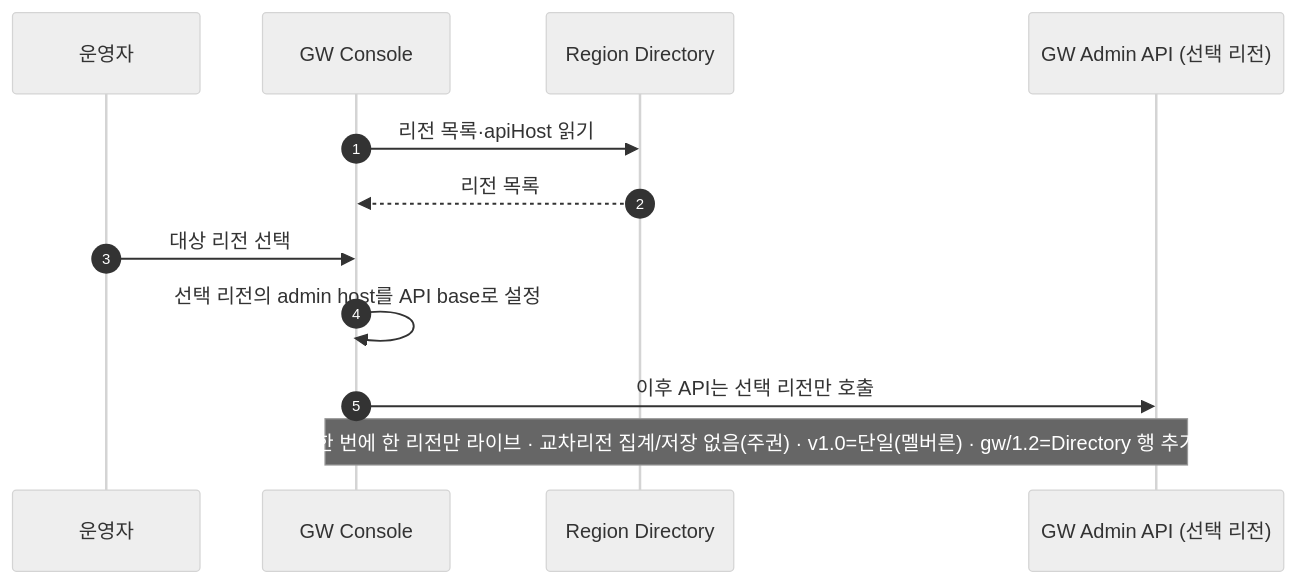
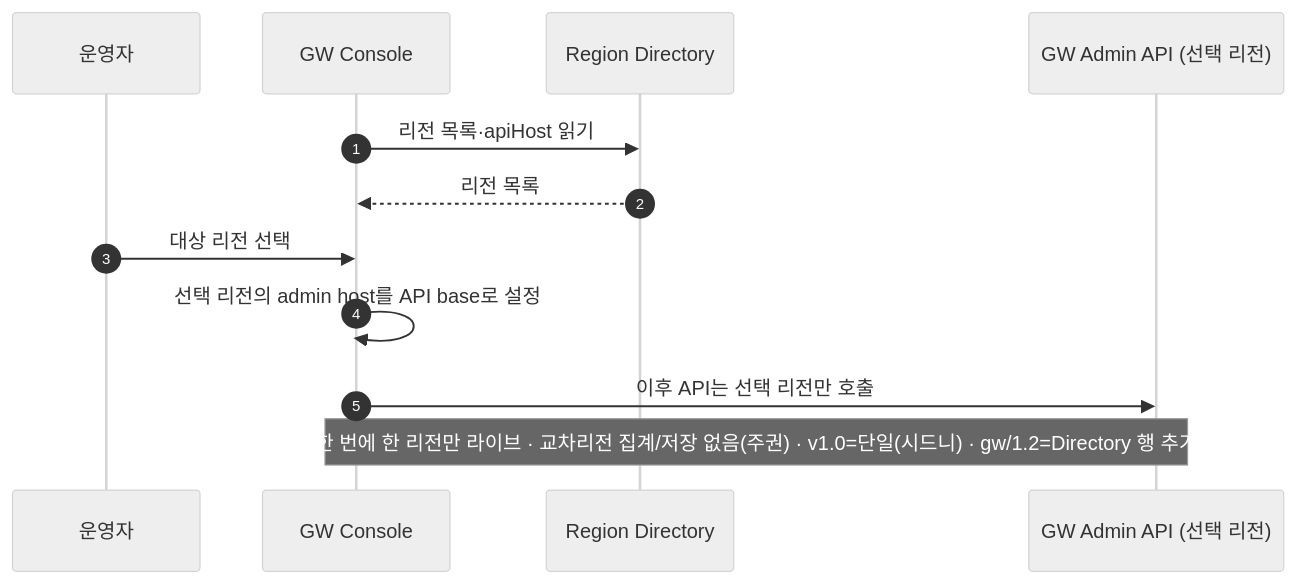
The tenth of 10 diagrams in docs/VT_API_Gateway/08.VT_API_Gateway/specs/03c-subsrs-gw-console/SRS.md (gracegyu/scp-architecture), drawn with Mermaid (neutral theme) before and after one commit. The commit also changed other lines of this file, not shown here.

````diff
--- a/docs/VT_API_Gateway/08.VT_API_Gateway/specs/03c-subsrs-gw-console/SRS.md
+++ b/docs/VT_API_Gateway/08.VT_API_Gateway/specs/03c-subsrs-gw-console/SRS.md
@@ -342,14 +342,14 @@
 ```mermaid
 sequenceDiagram
     autonumber
     participant OP as 운영자
     participant C as GW Console
     participant RD as Region Directory
     participant A as GW Admin API (선택 리전)
     C->>RD: 리전 목록·apiHost 읽기
     RD-->>C: 리전 목록
     OP->>C: 대상 리전 선택
     C->>C: 선택 리전의 admin host를 API base로 설정
     C->>A: 이후 API는 선택 리전만 호출
-    Note over C,A: 한 번에 한 리전만 라이브 · 교차리전 집계/저장 없음(주권) · v1.0=단일(멜버른) · gw/1.2=Directory 행 추가
+    Note over C,A: 한 번에 한 리전만 라이브 · 교차리전 집계/저장 없음(주권) · v1.0=단일(시드니) · gw/1.2=Directory 행 추가
 ```
````
